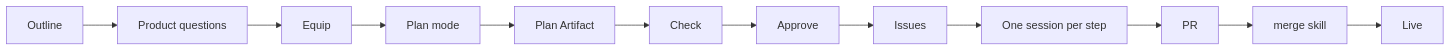
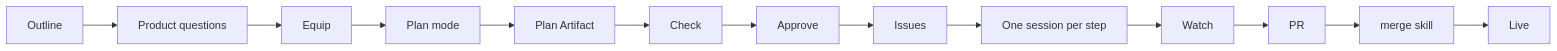
One commit to Colorado-Startups/claudius changed the diagram in plugin/skills/plan/SKILL.md. Above: the diagram before and after it, drawn with Mermaid. The commit also changed other lines of this file and 3 other files, not shown here.

First line of the commit message:
Plan skill: a Watch step that flags stalled workers

````diff
--- a/plugin/skills/plan/SKILL.md
+++ b/plugin/skills/plan/SKILL.md
@@ -17,5 +17,5 @@
 ```mermaid
 flowchart LR
   O[Outline] --> Q[Product questions] --> E[Equip] --> P[Plan mode] --> A[Plan Artifact] --> C[Check] --> Y[Approve] --> I[Issues]
-  I --> S[One session per step] --> R[PR] --> M[merge skill] --> L[Live]
+  I --> S[One session per step] --> W[Watch] --> R[PR] --> M[merge skill] --> L[Live]
 ```
````
